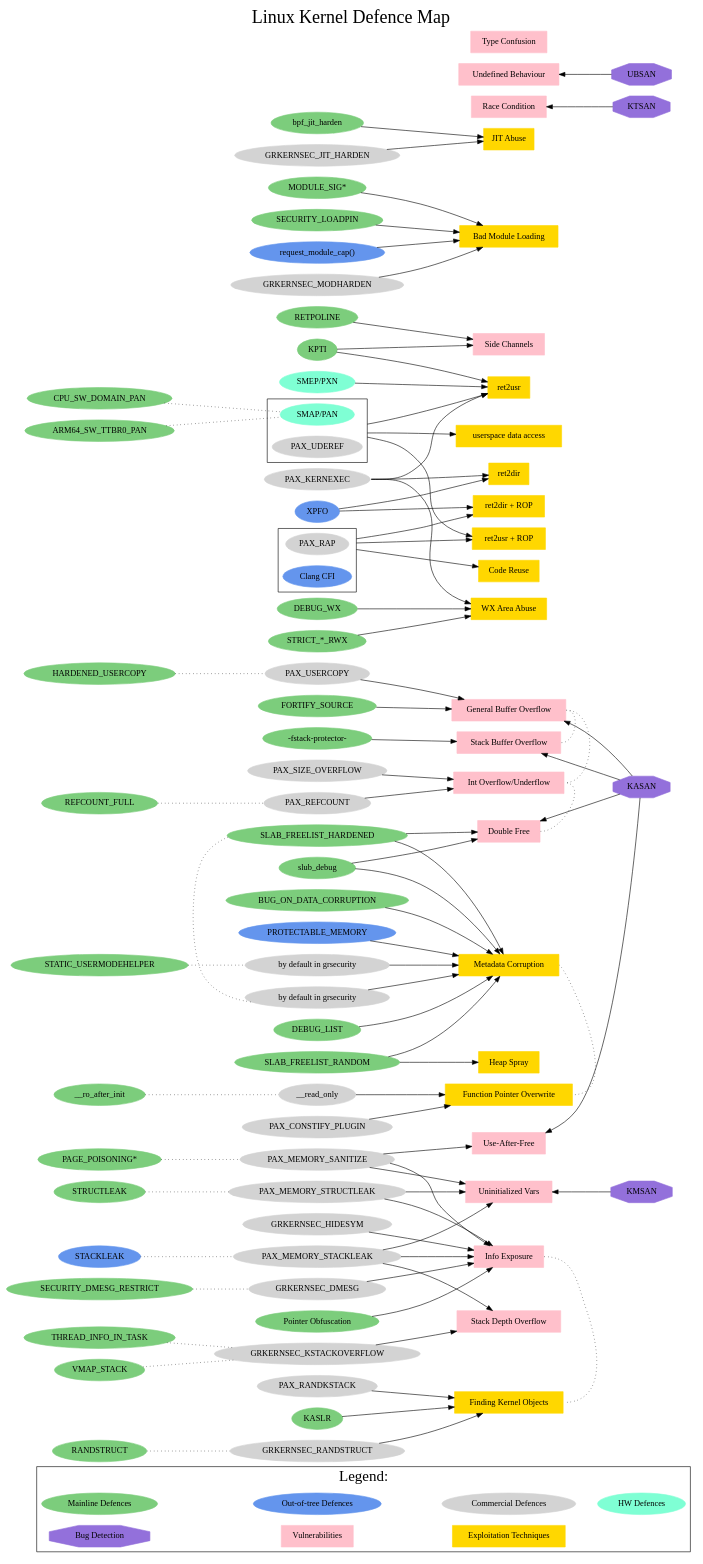
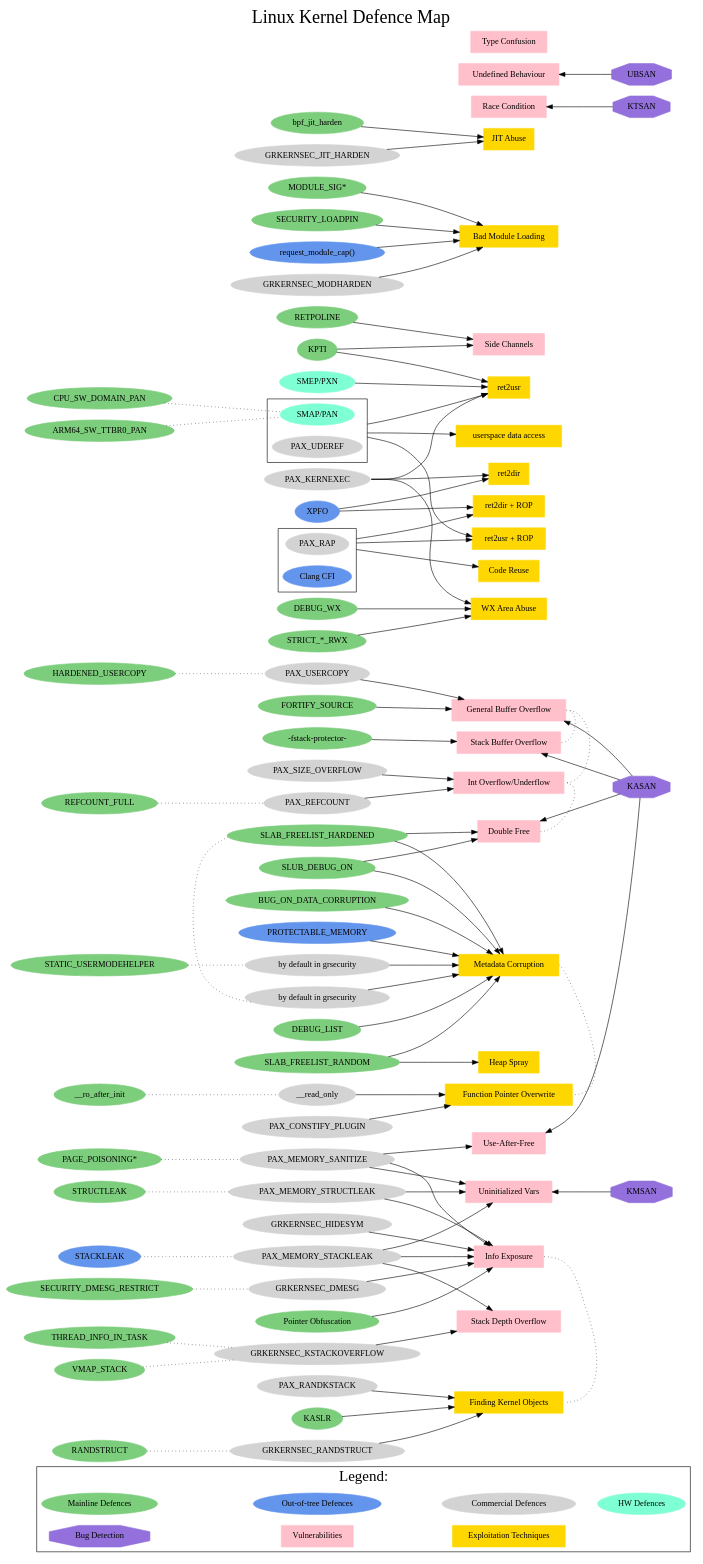
Before and after one commit to a13xp0p0v/linux-kernel-defence-map: the diagram in linux-kernel-defence-map.dot, drawn with Graphviz.

Commit message:
Use the config option for slub_debug

```diff
--- a/linux-kernel-defence-map.dot
+++ b/linux-kernel-defence-map.dot
@@ -67,7 +67,7 @@
     "-fstack-protector-";
     "FORTIFY_SOURCE";
     "DEBUG_LIST";
-    "slub_debug";
+    "SLUB_DEBUG_ON";
     "SLAB_FREELIST_HARDENED";
     "KPTI";
     "SLAB_FREELIST_RANDOM";
@@ -252,7 +252,7 @@
 
   "PAX_MEMORY_SANITIZE" -> "Use-After-Free";
 
-  "slub_debug" -> "Double Free";
+  "SLUB_DEBUG_ON" -> "Double Free";
   "SLAB_FREELIST_HARDENED" -> "Double Free";
 
   "PAX_MEMORY_STACKLEAK" -> "Info Exposure";
@@ -267,7 +267,7 @@
 
   "DEBUG_LIST" -> "Metadata Corruption";
   "BUG_ON_DATA_CORRUPTION" -> "Metadata Corruption";
-  "slub_debug" -> "Metadata Corruption";
+  "SLUB_DEBUG_ON" -> "Metadata Corruption";
   "SLAB_FREELIST_RANDOM" -> "Metadata Corruption";
   "SLAB_FREELIST_HARDENED" -> "Metadata Corruption";
   "PROTECTABLE_MEMORY" -> "Metadata Corruption";
```
